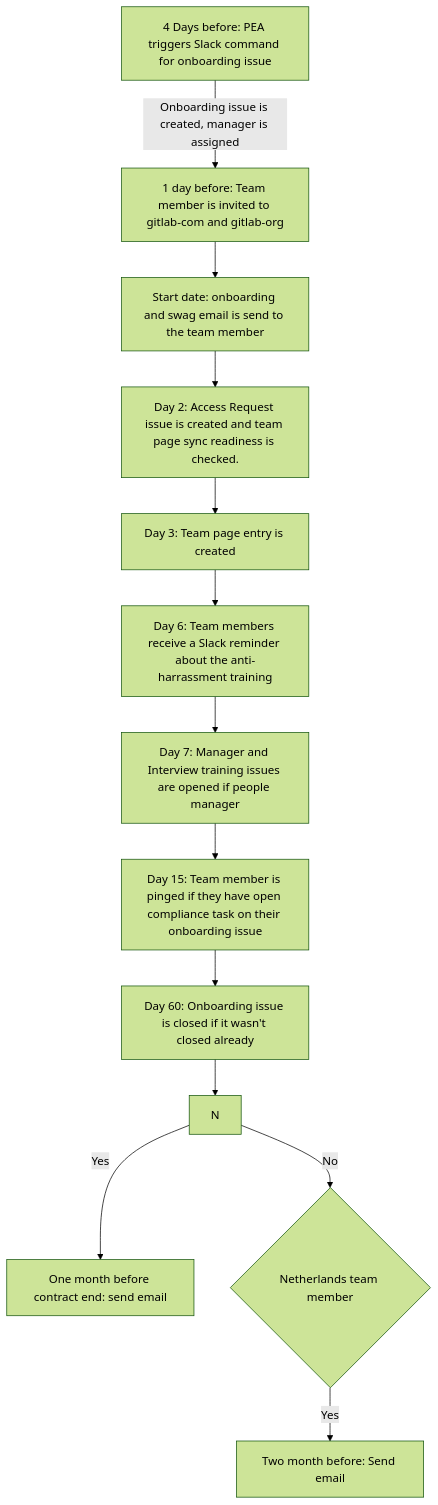
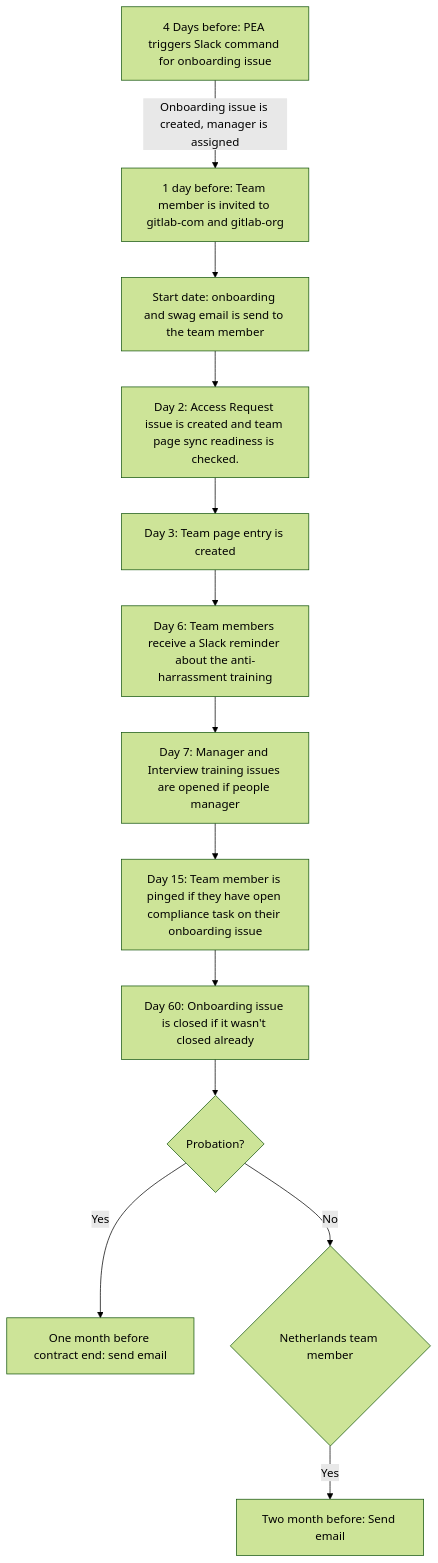
Before and after one commit to secretstartups/handbook: the first of 2 diagrams in people-group/engineering/onboarding/index.html.md, drawn with Mermaid (forest theme).

Commit message:
Fix mermaid graph probation onboarding glow

````diff
--- a/people-group/engineering/onboarding/index.html.md
+++ b/people-group/engineering/onboarding/index.html.md
@@ -26,15 +26,15 @@
 ```mermaid
 graph TD
   A[4 Days before: PEA triggers Slack command for onboarding issue] -->|Onboarding issue is created, manager is assigned| K
   K[1 day before: Team member is invited to gitlab-com and gitlab-org] --> I
   I[Start date: onboarding and swag email is send to the team member] --> C
   C[Day 2: Access Request issue is created and team page sync readiness is checked.] --> CA
   CA[Day 3: Team page entry is created] --> E
   E[Day 6: Team members receive a Slack reminder about the anti-harrassment training] --> J
   J[Day 7: Manager and Interview training issues are opened if people manager] --> L
   L[Day 15: Team member is pinged if they have open compliance task on their onboarding issue] --> F
-  F[Day 60: Onboarding issue is closed if it wasn't closed already] --> N
+  F[Day 60: Onboarding issue is closed if it wasn't closed already] --> N{Probation?}
   N -->|Yes| D[One month before contract end: send email]
   N --> |No| B{Netherlands team member}
   B --> |Yes| G[Two month before: Send email]
 ```
````
